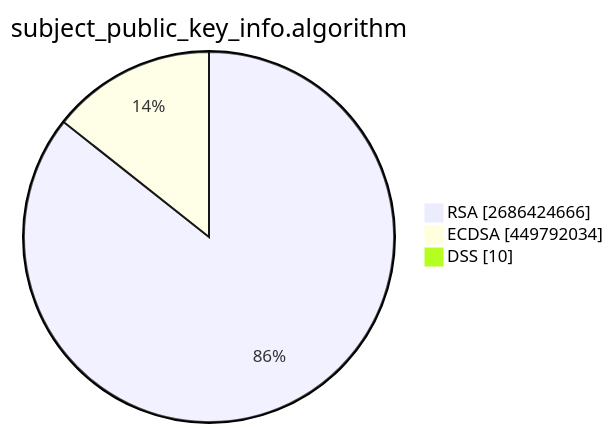
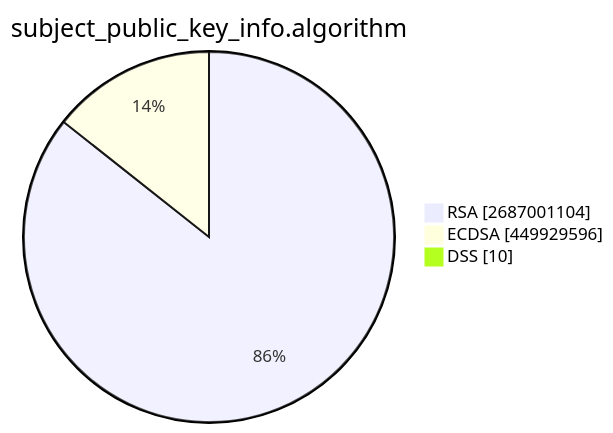
Before and after one commit to christiankrug/ctmonitor_visualization: the second of 15 diagrams in TOTAL/README.md, drawn with Mermaid. The commit also changed other lines of this file, not shown here.

````diff
--- a/TOTAL/README.md
+++ b/TOTAL/README.md
@@ -6,7 +6,7 @@
 ```mermaid
 pie showData
 title subject_public_key_info.algorithm
-"RSA" :2686424666
-"ECDSA" :449792034
+"RSA" :2687001104
+"ECDSA" :449929596
 "DSS" :10
 ```
````
